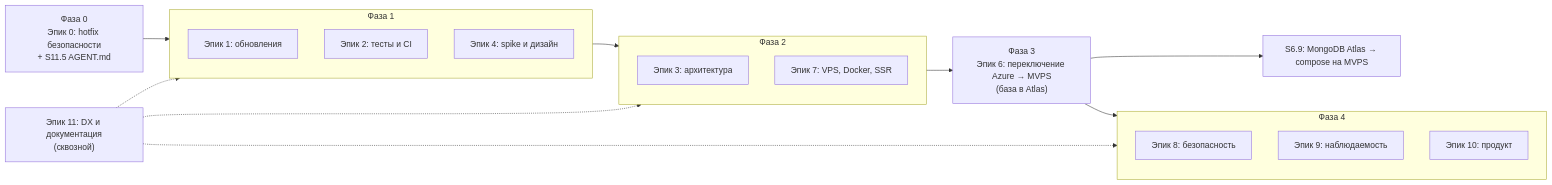
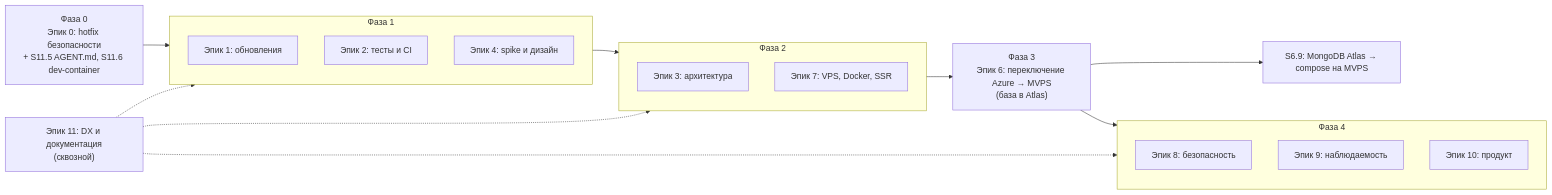
The diagram in docs/backlog/README.md (bgrmv/sfl), drawn with Mermaid before and after one commit. The commit also changed other lines of this file and 2 other files, not shown here.

First line of the commit message:
docs(backlog): add dev-container and pre-commit hooks stories

````diff
--- a/docs/backlog/README.md
+++ b/docs/backlog/README.md
@@ -52,23 +52,23 @@
 ```mermaid
 flowchart LR
-  E0["Фаза 0<br/>Эпик 0: hotfix безопасности<br/>+ S11.5 AGENT.md"] --> P1
+  E0["Фаза 0<br/>Эпик 0: hotfix безопасности<br/>+ S11.5 AGENT.md, S11.6 dev-container"] --> P1
   subgraph P1["Фаза 1"]
     E1["Эпик 1: обновления"]
     E2["Эпик 2: тесты и CI"]
     E4["Эпик 4: spike и дизайн"]
   end
   P1 --> P2
   subgraph P2["Фаза 2"]
     E3["Эпик 3: архитектура"]
     E7["Эпик 7: VPS, Docker, SSR"]
   end
   P2 --> E6["Фаза 3<br/>Эпик 6: переключение Azure → MVPS<br/>(база в Atlas)"]
   E6 --> P4
   E6 --> DB["S6.9: MongoDB Atlas → compose на MVPS"]
   subgraph P4["Фаза 4"]
     E8["Эпик 8: безопасность"]
     E9["Эпик 9: наблюдаемость"]
     E10["Эпик 10: продукт"]
   end
   E11["Эпик 11: DX и документация<br/>(сквозной)"] -.-> P1 & P2 & P4
 ```
````
